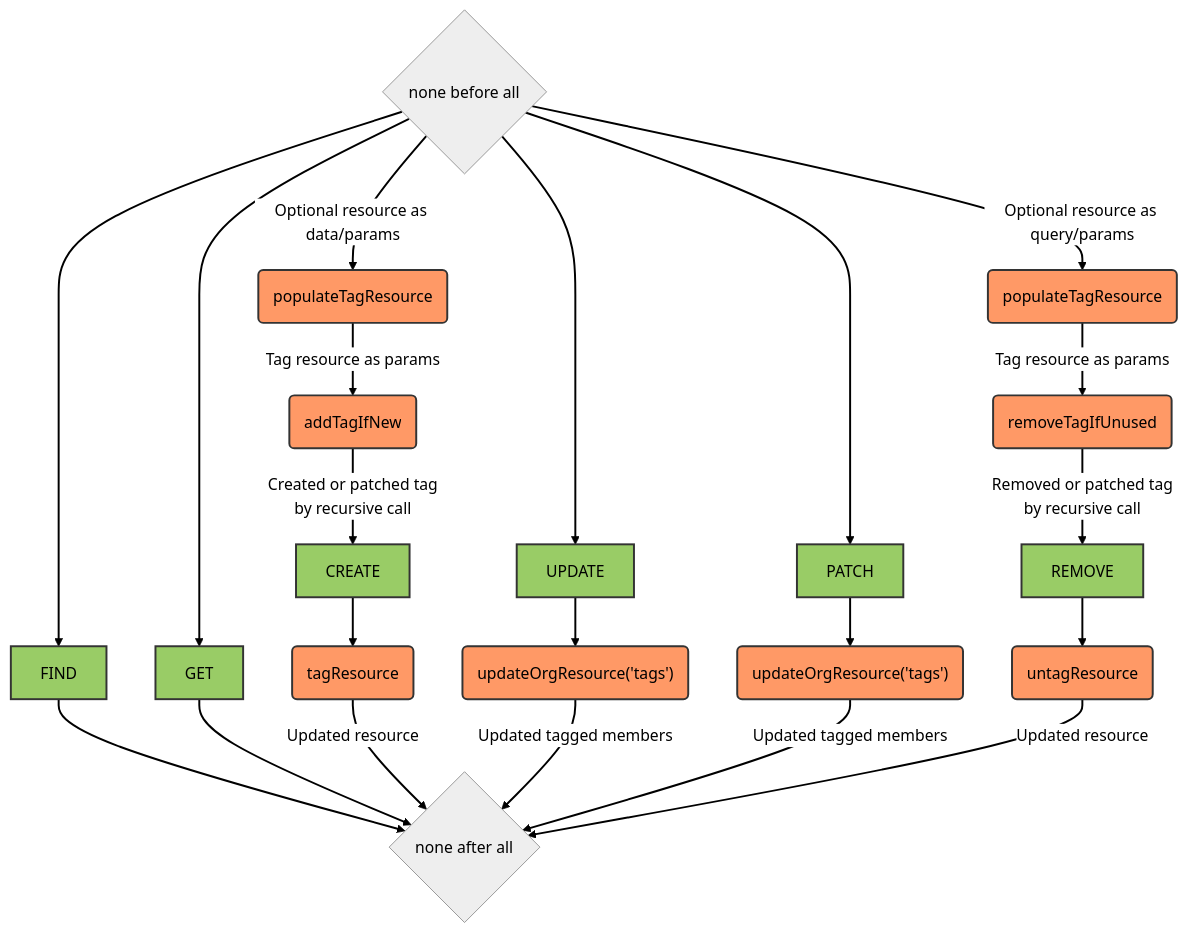
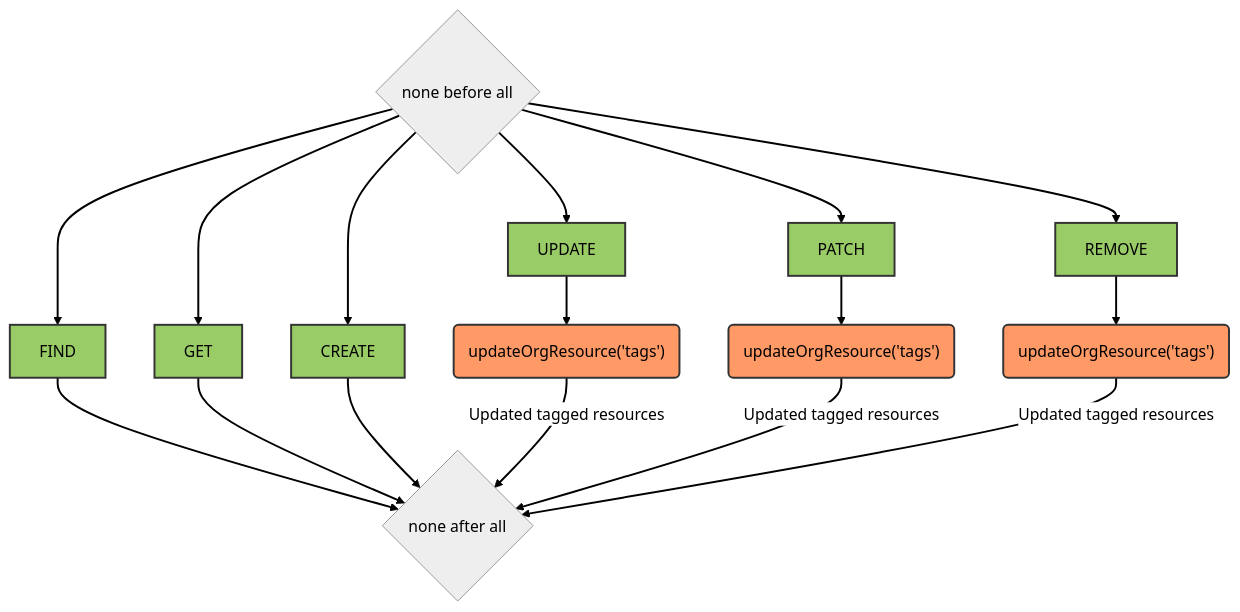
One commit to kalisio/kdk changed the sixth of 11 diagrams in docs/api/core/services.md. Above: the diagram before and after it, drawn with Mermaid (neutral theme). The commit also changed other lines of this file and 8 other files, not shown here.

````diff
--- a/docs/api/core/services.md
+++ b/docs/api/core/services.md
@@ -368,30 +259,25 @@
 ```mermaid
 graph TB
   before{none before all}
   after{none after all}
   before --> FIND[FIND]
   FIND --> after
   before --> GET[GET]
   GET --> after
-  before -- Optional resource as data/params --> hook2(populateTagResource)
-  hook2 -- Tag resource as params --> hook3(addTagIfNew)
-  hook3 -- Created or patched tag<br/>by recursive call --> CREATE[CREATE]
-  CREATE --> hook4(tagResource)
-  hook4 -- Updated resource --> after
+  before --> CREATE[CREATE]
+  CREATE --> after
   before --> UPDATE[UPDATE]
   UPDATE --> hook5("updateOrgResource('tags')")
-  hook5 -- Updated tagged members --> after
+  hook5 -- Updated tagged resources --> after
   before --> PATCH[PATCH]
   PATCH --> hook6("updateOrgResource('tags')")
-  hook6 -- Updated tagged members --> after
-  before -- Optional resource as query/params --> hook7(populateTagResource)
-  hook7 -- Tag resource as params --> hook8(removeTagIfUnused)
-  hook8 -- Removed or patched tag<br/>by recursive call --> REMOVE[REMOVE]
-  REMOVE --> hook9(untagResource)
-  hook9 -- Updated resource --> after
+  hook6 -- Updated tagged resources --> after
+  before --> REMOVE[REMOVE]
+  REMOVE --> hook9("updateOrgResource('tags')")
+  hook9 -- Updated tagged resources --> after
   linkStyle default stroke-width:2px,fill:none,stroke:black
   classDef hookClass fill:#f96,stroke:#333,stroke-width:2px
   class hook1,hook2,hook3,hook4,hook5,hook6,hook7,hook8,hook9 hookClass
   classDef operationClass fill:#9c6,stroke:#333,stroke-width:2px
   class FIND,GET,CREATE,UPDATE,PATCH,REMOVE operationClass
 ```
````
